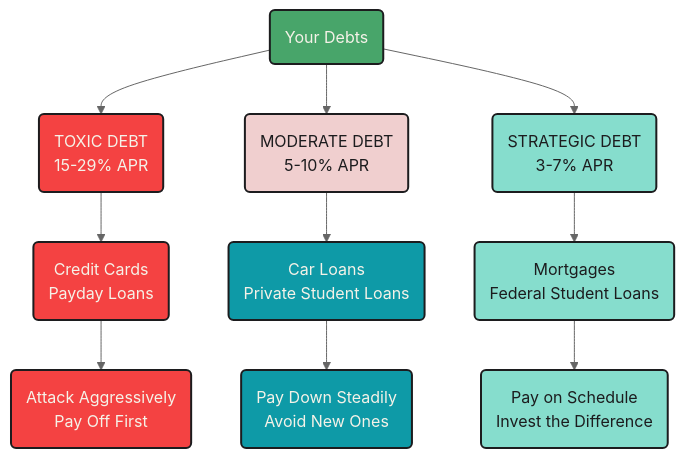
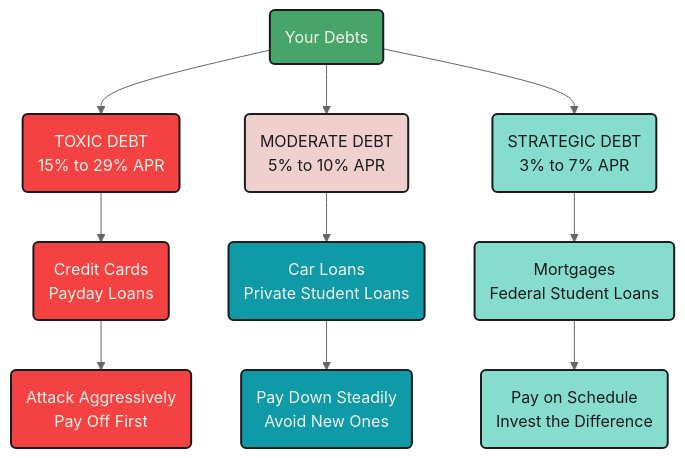
The first of 7 diagrams in managing_debt.qmd (mjfrigaard/fm-finance), drawn with Mermaid before and after one commit. The commit also changed other lines of this file and 22 other files, not shown here.

````diff
--- a/managing_debt.qmd
+++ b/managing_debt.qmd
@@ -24,28 +24,28 @@
 ```{mermaid}
 %%| fig-cap: 'Know Your Enemy'
 %%| fig-align: center
 %%{init: {'theme': 'neutral', 'themeVariables': { 'fontFamily': 'monospace', "darkMode":false, "fontSize":"16px"}}}%%
 
 flowchart TD
-    AllDebt("Your Debts") --> Toxic("TOXIC DEBT<br>15-29% APR")
-    AllDebt --> Moderate("MODERATE DEBT<br>5-10% APR")
-    AllDebt --> Strategic("STRATEGIC DEBT<br>3-7% APR")
+    AllDebt("Your Debts") --> Toxic("TOXIC DEBT<br>15% to 29% APR")
+    AllDebt --> Moderate("MODERATE DEBT<br>5% to 10% APR")
+    AllDebt --> Strategic("STRATEGIC DEBT<br>3% to 7% APR")
 
     Toxic --> CreditCards("Credit Cards<br>Payday Loans")
     Moderate --> CarLoans("Car Loans<br>Private Student Loans")
     Strategic --> Mortgages("Mortgages<br>Federal Student Loans")
 
     CreditCards --> Attack1("Attack Aggressively<br>Pay Off First")
     CarLoans --> Attack2("Pay Down Steadily<br>Avoid New Ones")
     Mortgages --> Attack3("Pay on Schedule<br>Invest the Difference")
     style AllDebt fill:#48a56a,color:#F5F2E8,stroke:#1C1C1E,stroke-width:2px
     style Toxic fill:#f44242,color:#F5F2E8,stroke:#1C1C1E,stroke-width:2px
     style Moderate fill:#f0cfcf,color:#1C1C1E,stroke:#1C1C1E,stroke-width:2px
     style Strategic fill:#86ddcd,color:#1C1C1E,stroke:#1C1C1E,stroke-width:2px
     style CreditCards fill:#f44242,color:#F5F2E8,stroke:#1C1C1E,stroke-width:2px
     style CarLoans fill:#0e9aa7,color:#F5F2E8,stroke:#1C1C1E,stroke-width:2px
     style Mortgages fill:#86ddcd,color:#1C1C1E,stroke:#1C1C1E,stroke-width:2px
     style Attack1 fill:#f44242,color:#F5F2E8,stroke:#1C1C1E,stroke-width:2px
     style Attack2 fill:#0e9aa7,color:#F5F2E8,stroke:#1C1C1E,stroke-width:2px
     style Attack3 fill:#86ddcd,color:#1C1C1E,stroke:#1C1C1E,stroke-width:2px
 ```
````
